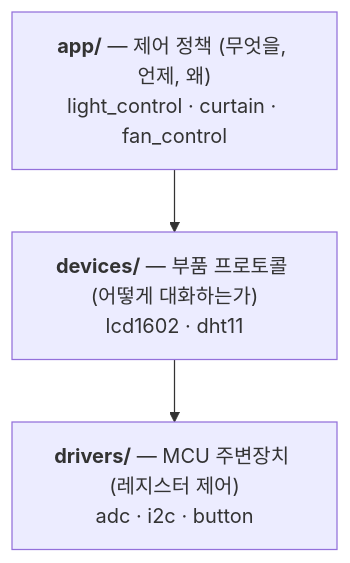
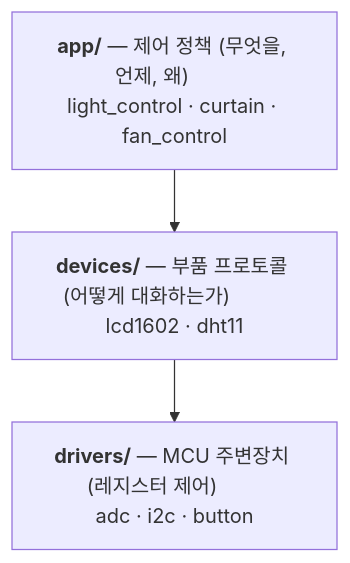
Before and after one commit to dlgus0630/Project01_SmartHome: the second of 5 diagrams in README.md, drawn with Mermaid. The commit also changed other lines of this file, not shown here.

````diff
--- a/README.md
+++ b/README.md
@@ -140,7 +140,7 @@
 ```mermaid
 flowchart TB
-    APP["<b>app/</b> — 제어 정책 (무엇을, 언제, 왜)<br/>light_control · curtain · fan_control"]
-    DEV["<b>devices/</b> — 부품 프로토콜 (어떻게 대화하는가)<br/>lcd1602 · dht11"]
-    DRV["<b>drivers/</b> — MCU 주변장치 (레지스터 제어)<br/>adc · i2c · button"]
+    APP["<b>app/</b> — 제어 정책 (무엇을, 언제, 왜)&nbsp;&nbsp;&nbsp;&nbsp;&nbsp;&nbsp;&nbsp;&nbsp;<br/>light_control · curtain · fan_control"]
+    DEV["<b>devices/</b> — 부품 프로토콜 (어떻게 대화하는가)&nbsp;&nbsp;&nbsp;&nbsp;&nbsp;&nbsp;&nbsp;&nbsp;&nbsp;&nbsp;<br/>lcd1602 · dht11"]
+    DRV["<b>drivers/</b> — MCU 주변장치 (레지스터 제어)&nbsp;&nbsp;&nbsp;&nbsp;&nbsp;&nbsp;&nbsp;&nbsp;<br/>adc · i2c · button"]
     APP --> DEV --> DRV
 ```
````
